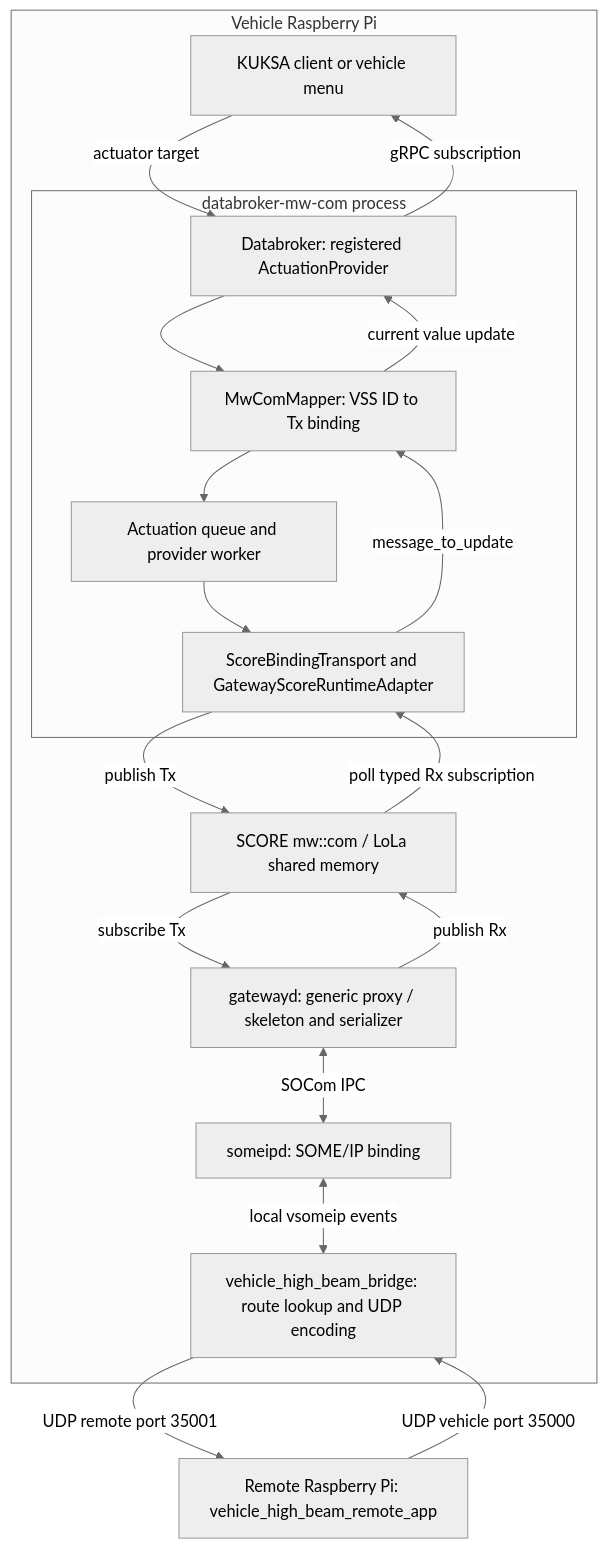
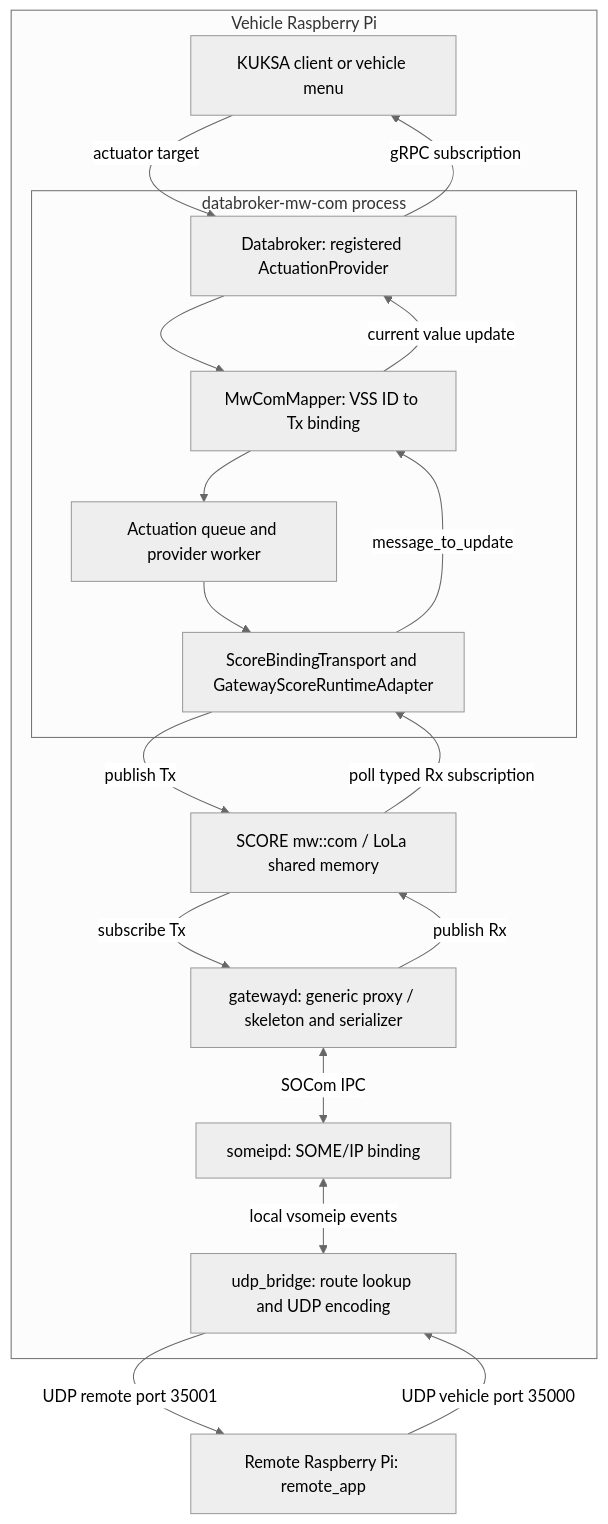
The diagram in ARCHITECTURE.md (goutham3108/sdv-hackathon-in-a-box-fork-), drawn with Mermaid (neutral theme) before and after one commit. The commit also changed other lines of this file and 19 other files, not shown here.

````diff
--- a/ARCHITECTURE.md
+++ b/ARCHITECTURE.md
@@ -20,30 +20,30 @@
 ```mermaid
 flowchart TB
    subgraph Vehicle["Vehicle Raspberry Pi"]
       Client["KUKSA client or vehicle menu"]
       subgraph Composition["databroker-mw-com process"]
          Broker["Databroker: registered ActuationProvider"]
          Mapper["MwComMapper: VSS ID to Tx binding"]
          Worker["Actuation queue and provider worker"]
          Adapter["ScoreBindingTransport and GatewayScoreRuntimeAdapter"]
       end
       LoLa["SCORE mw::com / LoLa shared memory"]
       Gateway["gatewayd: generic proxy / skeleton and serializer"]
       Someip["someipd: SOME/IP binding"]
-      Bridge["vehicle_high_beam_bridge: route lookup and UDP encoding"]
+      Bridge["udp_bridge: route lookup and UDP encoding"]
       Client -->|actuator target| Broker
       Broker --> Mapper --> Worker --> Adapter
       Adapter -->|publish Tx| LoLa
       LoLa -->|subscribe Tx| Gateway
       Gateway <-->|SOCom IPC| Someip
       Someip <-->|local vsomeip events| Bridge
    end
-   Remote["Remote Raspberry Pi: vehicle_high_beam_remote_app"]
+   Remote["Remote Raspberry Pi: remote_app"]
    Bridge -->|UDP remote port 35001| Remote
    Remote -->|UDP vehicle port 35000| Bridge
    Gateway -->|publish Rx| LoLa
    LoLa -->|poll typed Rx subscription| Adapter
    Adapter -->|message_to_update| Mapper
    Mapper -->|current value update| Broker
    Broker -->|gRPC subscription| Client
 ```
````
